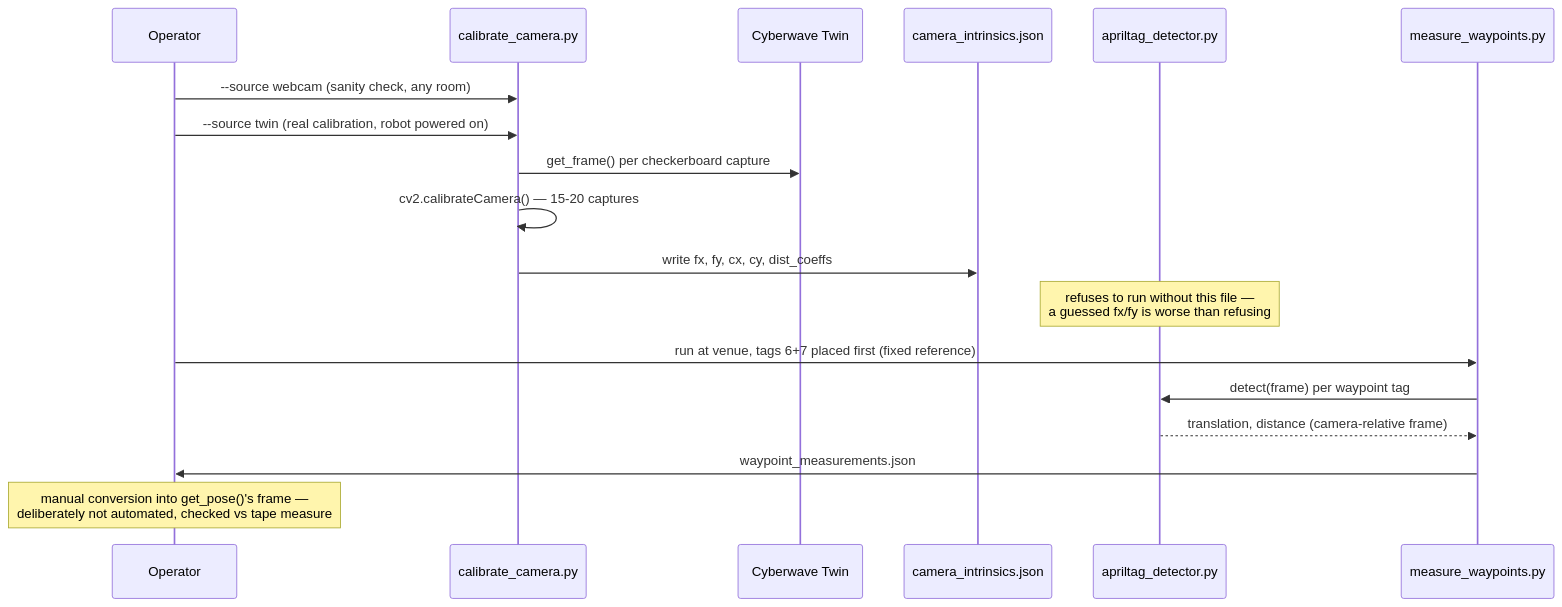
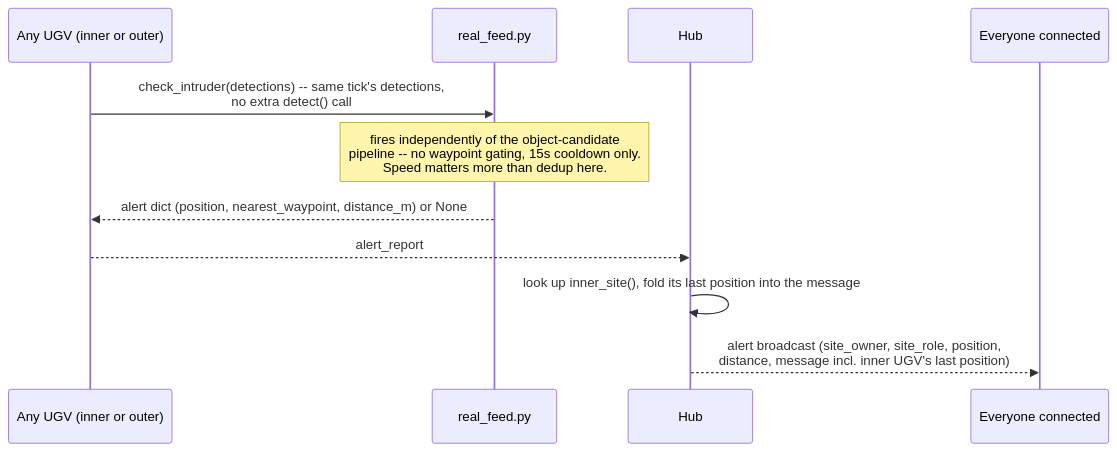
One commit to ashish-doing/Quarry changed the third of 4 diagrams in ARCHITECTURE.md. Above: the diagram before and after it, drawn with Mermaid. The commit also changed other lines of this file and 2 other files, not shown here.

````diff
--- a/ARCHITECTURE.md
+++ b/ARCHITECTURE.md
@@ -103,21 +129,14 @@
 ```mermaid
 sequenceDiagram
-    participant Op as Operator
-    participant Cal as calibrate_camera.py
-    participant Twin as Cyberwave Twin
-    participant JSON as camera_intrinsics.json
-    participant AT as apriltag_detector.py
-    participant MW as measure_waypoints.py
+    participant UGV as Any UGV (inner or outer)
+    participant RF as real_feed.py
+    participant Hub
+    participant Everyone as Everyone connected
 
-    Op->>Cal: --source webcam (sanity check, any room)
-    Op->>Cal: --source twin (real calibration, robot powered on)
-    Cal->>Twin: get_frame() per checkerboard capture
-    Cal->>Cal: cv2.calibrateCamera() — 15-20 captures
-    Cal->>JSON: write fx, fy, cx, cy, dist_coeffs
-    Note over AT: refuses to run without this file —<br/>a guessed fx/fy is worse than refusing
-    Op->>MW: run at venue, tags 6+7 placed first (fixed reference)
-    MW->>AT: detect(frame) per waypoint tag
-    AT-->>MW: translation, distance (camera-relative frame)
-    MW->>Op: waypoint_measurements.json
-    Note over Op: manual conversion into get_pose()'s frame —<br/>deliberately not automated, checked vs tape measure
+    UGV->>RF: check_intruder(detections) -- same tick's detections,<br/>no extra detect() call
+    Note over RF: fires independently of the object-candidate<br/>pipeline -- no waypoint gating, 15s cooldown only.<br/>Speed matters more than dedup here.
+    RF-->>UGV: alert dict (position, nearest_waypoint, distance_m) or None
+    UGV-->>Hub: alert_report
+    Hub->>Hub: look up inner_site(), fold its last position into the message
+    Hub-->>Everyone: alert broadcast (site_owner, site_role, position,<br/>distance, message incl. inner UGV's last position)
 ```
````
